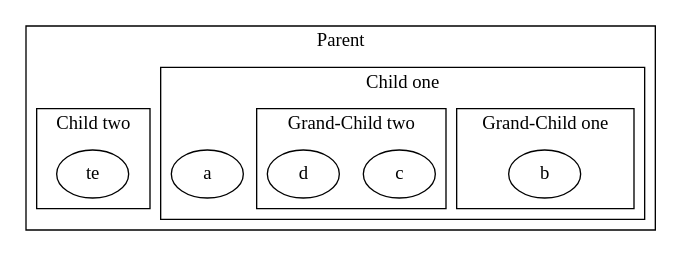
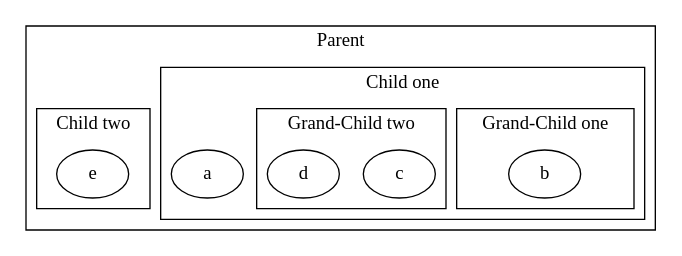
One commit to saresend/dotfile-parser changed the diagram in samples/basic4.dot. Above: the diagram before and after it, drawn with Graphviz. The commit also changed 1 other file, not shown here.

```diff
--- a/samples/basic4.dot
+++ b/samples/basic4.dot
@@ -1,25 +1,25 @@
 digraph D {
 
   subgraph cluster_p {
     label = "Parent";
 
     subgraph cluster_c1 {
       label = "Child one";
       a;
 
       subgraph cluster_gc_1 {
         label = "Grand-Child one";
          b;
       }
       subgraph cluster_gc_2 {
         label = "Grand-Child two";
           c;
           d;
       }
     }
     subgraph cluster_c2 {
       label = "Child two";
-      te;
+      e;
     }
   }
 }
```
